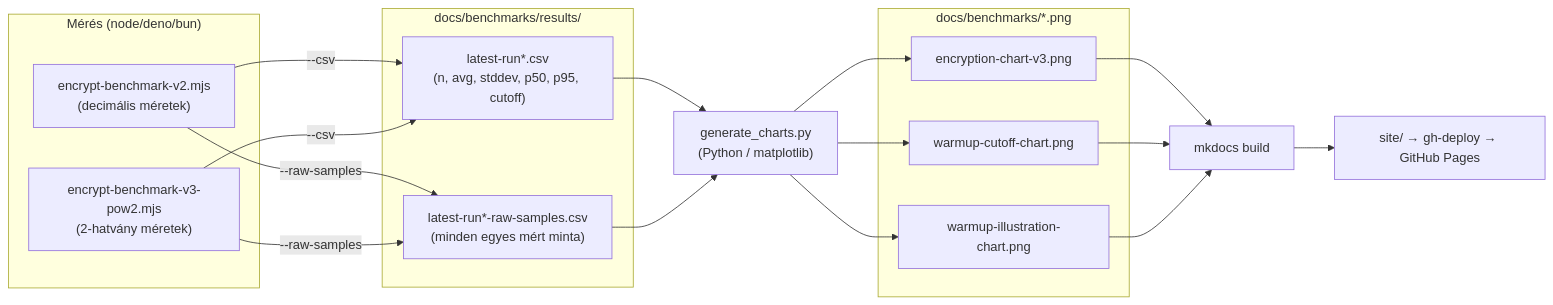
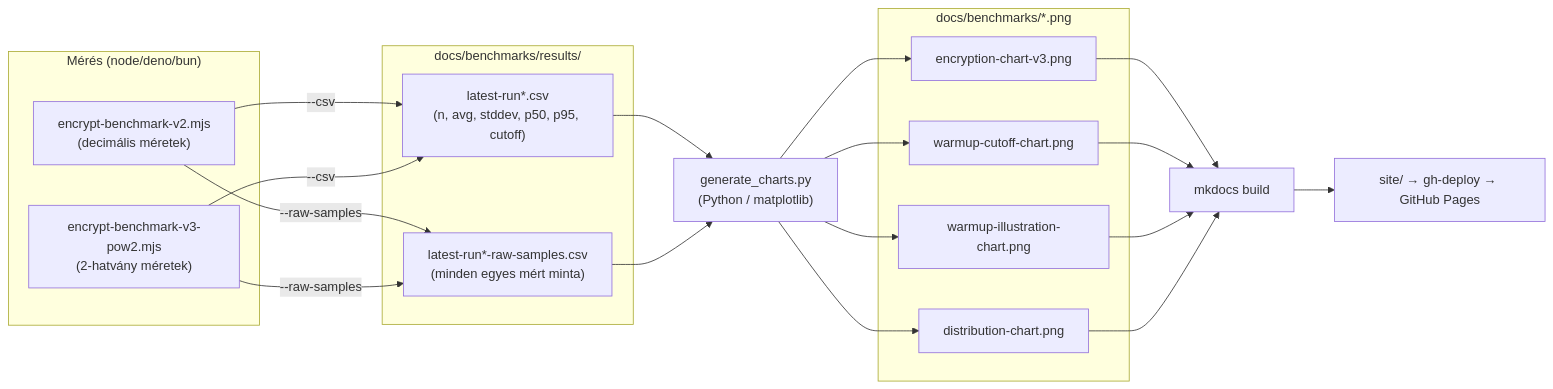
Before and after one commit to NDominikViktor/szak_gyak: the diagram in docs/benchmarks/perf-hooks-example.md, drawn with Mermaid. The commit also changed other lines of this file, not shown here.

Commit message:
docs: number and cross-link tables and the pipeline diagram

````diff
--- a/docs/benchmarks/perf-hooks-example.md
+++ b/docs/benchmarks/perf-hooks-example.md
@@ -167,35 +173,39 @@
 ```mermaid
+%%{init: {"theme": "default"}}%%
 flowchart LR
     subgraph Meres["Mérés (node/deno/bun)"]
         BM1["encrypt-benchmark-v2.mjs<br/>(decimális méretek)"]
         BM2["encrypt-benchmark-v3-pow2.mjs<br/>(2-hatvány méretek)"]
     end
 
     subgraph Adat["docs/benchmarks/results/"]
         CSV["latest-run*.csv<br/>(n, avg, stddev, p50, p95, cutoff)"]
         RAW["latest-run*-raw-samples.csv<br/>(minden egyes mért minta)"]
     end
 
     GC["generate_charts.py<br/>(Python / matplotlib)"]
 
     subgraph Kimenet["docs/benchmarks/*.png"]
         PNG1["encryption-chart-v3.png"]
         PNG2["warmup-cutoff-chart.png"]
         PNG3["warmup-illustration-chart.png"]
+        PNG4["distribution-chart.png"]
     end
 
     MK["mkdocs build"] --> SITE["site/ → gh-deploy → GitHub Pages"]
 
     BM1 -- "--csv" --> CSV
     BM1 -- "--raw-samples" --> RAW
     BM2 -- "--csv" --> CSV
     BM2 -- "--raw-samples" --> RAW
     CSV --> GC
     RAW --> GC
     GC --> PNG1
     GC --> PNG2
     GC --> PNG3
+    GC --> PNG4
     PNG1 --> MK
     PNG2 --> MK
     PNG3 --> MK
+    PNG4 --> MK
 ```
````
